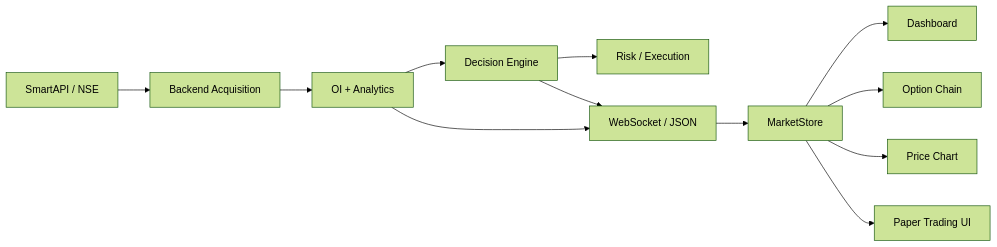
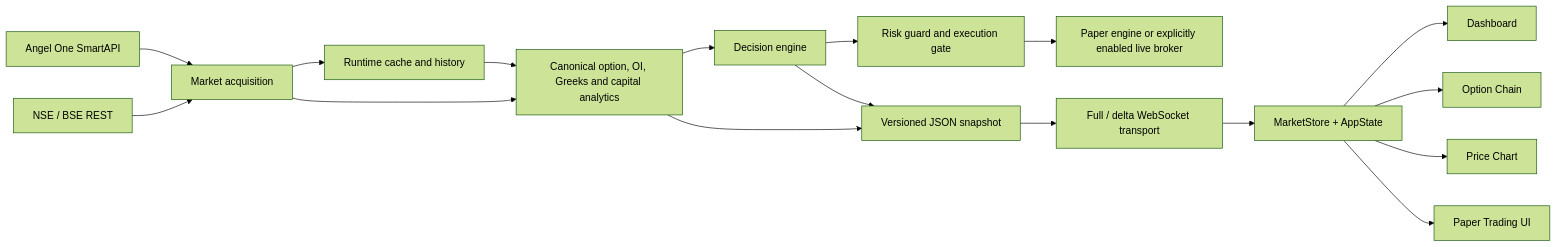
The diagram in docs/06_Diagrams/System_Overview.md (adarahman/mTerminals), drawn with Mermaid (forest theme) before and after one commit. The commit also changed other lines of this file and 12 other files, not shown here.

Commit message:
Complete architecture diagrams

````diff
--- a/docs/06_Diagrams/System_Overview.md
+++ b/docs/06_Diagrams/System_Overview.md
@@ -10,14 +6,19 @@
 ```mermaid
-graph LR
-  EX[SmartAPI / NSE] --> BE[Backend Acquisition]
-  BE --> AN[OI + Analytics]
-  AN --> DE[Decision Engine]
-  DE --> RK[Risk / Execution]
-  AN --> WS[WebSocket / JSON]
-  DE --> WS
-  WS --> MS[MarketStore]
-  MS --> DB[Dashboard]
-  MS --> OC[Option Chain]
-  MS --> PC[Price Chart]
-  MS --> PT[Paper Trading UI]
+flowchart LR
+  NSE["NSE / BSE REST"] --> ACQ["Market acquisition"]
+  API["Angel One SmartAPI"] --> ACQ
+  ACQ --> CACHE["Runtime cache and history"]
+  ACQ --> DOMAIN["Canonical option, OI, Greeks and capital analytics"]
+  CACHE --> DOMAIN
+  DOMAIN --> DEC["Decision engine"]
+  DOMAIN --> EXPORT["Versioned JSON snapshot"]
+  DEC --> EXPORT
+  DEC --> RISK["Risk guard and execution gate"]
+  RISK --> BROKER["Paper engine or explicitly enabled live broker"]
+  EXPORT --> WS["Full / delta WebSocket transport"]
+  WS --> STORE["MarketStore + AppState"]
+  STORE --> DASH["Dashboard"]
+  STORE --> CHAIN["Option Chain"]
+  STORE --> CHART["Price Chart"]
+  STORE --> PAPER["Paper Trading UI"]
 ```
````
